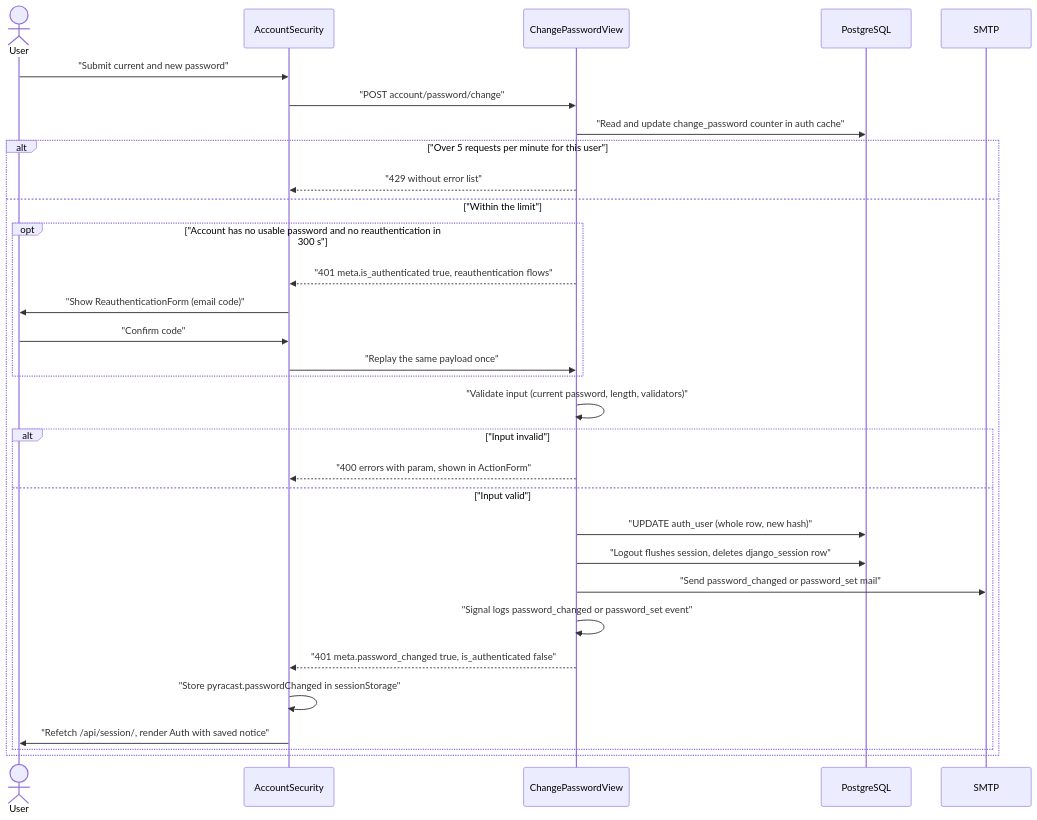
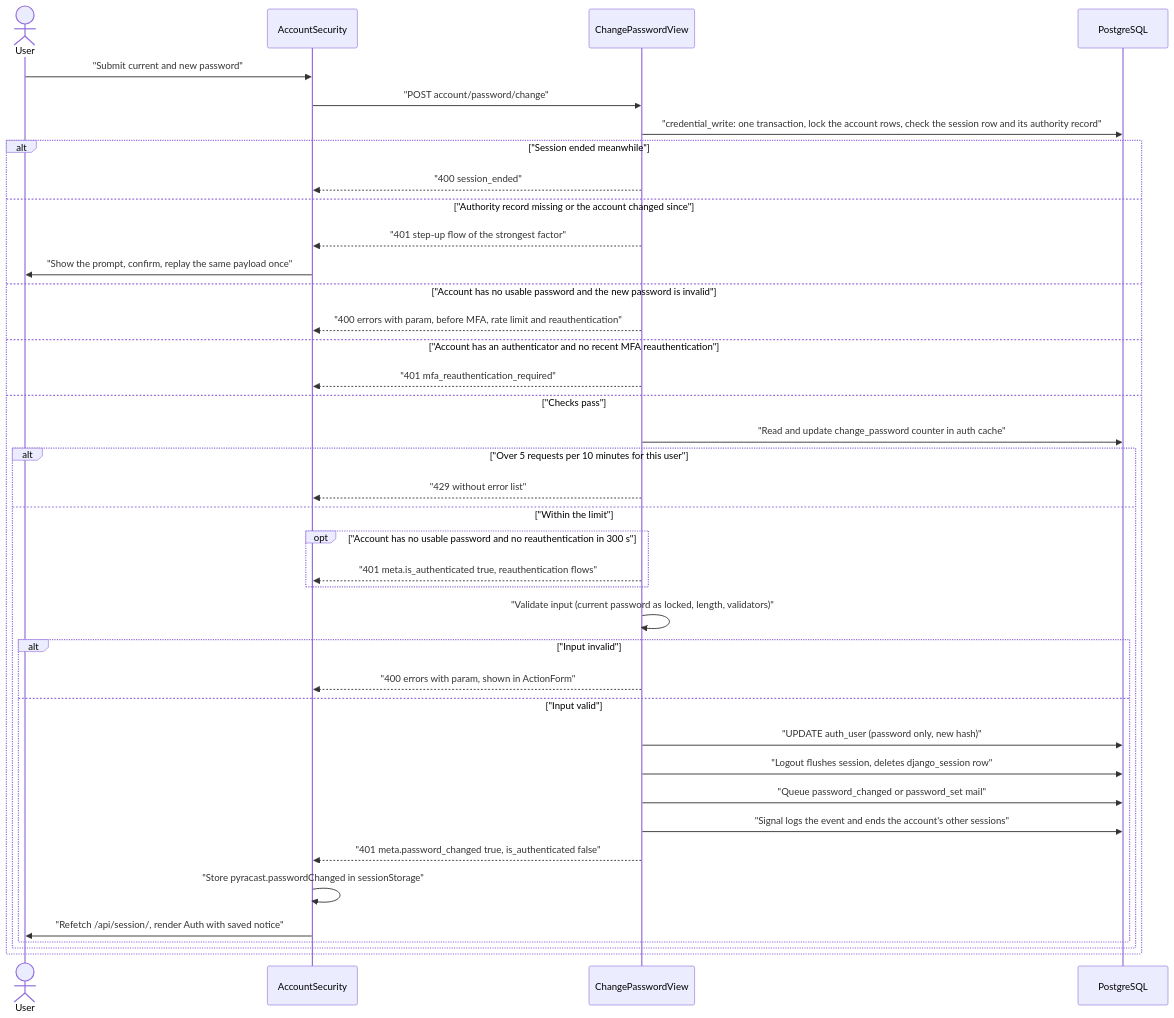
Before and after one commit to erkurtharun/pyracast: the diagram in docs/flows/password-change.md, drawn with Mermaid. The commit also changed other lines of this file and 85 other files, not shown here.

First line of the commit message:
Bring the flow pages in line with the code (#107)

````diff
--- a/docs/flows/password-change.md
+++ b/docs/flows/password-change.md
@@ -14,33 +14,41 @@
 ```mermaid
 sequenceDiagram
     actor U as User
     participant S as AccountSecurity
     participant V as ChangePasswordView
     participant DB as PostgreSQL
-    participant M as SMTP
     U->>S: "Submit current and new password"
     S->>V: "POST account/password/change"
-    V->>DB: "Read and update change_password counter in auth cache"
-    alt "Over 5 requests per minute for this user"
-        V-->>S: "429 without error list"
-    else "Within the limit"
-        opt "Account has no usable password and no reauthentication in 300 s"
-            V-->>S: "401 meta.is_authenticated true, reauthentication flows"
-            S->>U: "Show ReauthenticationForm (email code)"
-            U->>S: "Confirm code"
-            S->>V: "Replay the same payload once"
-        end
-        V->>V: "Validate input (current password, length, validators)"
-        alt "Input invalid"
-            V-->>S: "400 errors with param, shown in ActionForm"
-        else "Input valid"
-            V->>DB: "UPDATE auth_user (whole row, new hash)"
-            V->>DB: "Logout flushes session, deletes django_session row"
-            V->>M: "Send password_changed or password_set mail"
-            V->>V: "Signal logs password_changed or password_set event"
-            V-->>S: "401 meta.password_changed true, is_authenticated false"
-            S->>S: "Store pyracast.passwordChanged in sessionStorage"
-            S->>U: "Refetch /api/session/, render Auth with saved notice"
+    V->>DB: "credential_write: one transaction, lock the account rows, check the session row and its authority record"
+    alt "Session ended meanwhile"
+        V-->>S: "400 session_ended"
+    else "Authority record missing or the account changed since"
+        V-->>S: "401 step-up flow of the strongest factor"
+        S->>U: "Show the prompt, confirm, replay the same payload once"
+    else "Account has no usable password and the new password is invalid"
+        V-->>S: "400 errors with param, before MFA, rate limit and reauthentication"
+    else "Account has an authenticator and no recent MFA reauthentication"
+        V-->>S: "401 mfa_reauthentication_required"
+    else "Checks pass"
+        V->>DB: "Read and update change_password counter in auth cache"
+        alt "Over 5 requests per 10 minutes for this user"
+            V-->>S: "429 without error list"
+        else "Within the limit"
+            opt "Account has no usable password and no reauthentication in 300 s"
+                V-->>S: "401 meta.is_authenticated true, reauthentication flows"
+            end
+            V->>V: "Validate input (current password as locked, length, validators)"
+            alt "Input invalid"
+                V-->>S: "400 errors with param, shown in ActionForm"
+            else "Input valid"
+                V->>DB: "UPDATE auth_user (password only, new hash)"
+                V->>DB: "Logout flushes session, deletes django_session row"
+                V->>DB: "Queue password_changed or password_set mail"
+                V->>DB: "Signal logs the event and ends the account's other sessions"
+                V-->>S: "401 meta.password_changed true, is_authenticated false"
+                S->>S: "Store pyracast.passwordChanged in sessionStorage"
+                S->>U: "Refetch /api/session/, render Auth with saved notice"
+            end
         end
     end
 ```
````
